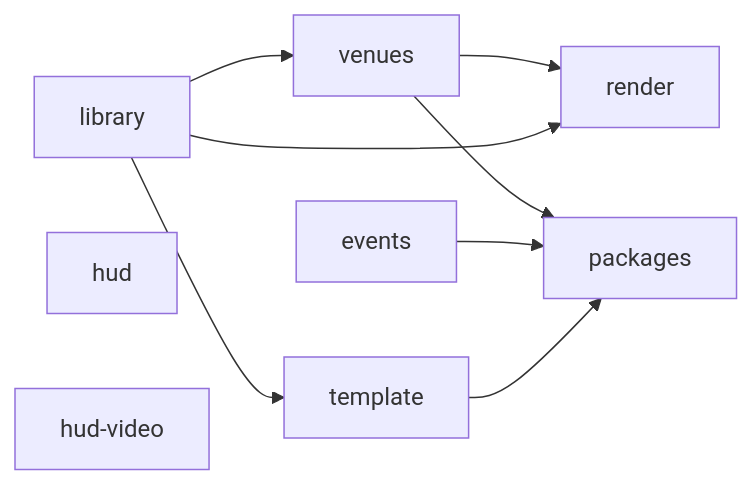
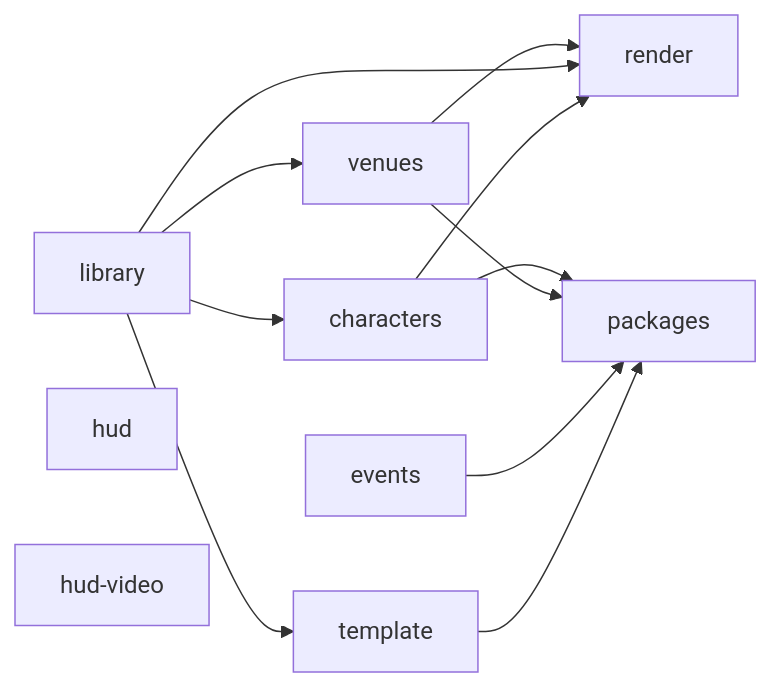
Before and after one commit to heditwo/gh3-clonehero-skin: the diagram in docs/PIPELINE.md, drawn with Mermaid. The commit also changed other lines of this file and 25 other files, not shown here.

First line of the commit message:
Ship all playable GH3 characters as character packages

````diff
--- a/docs/PIPELINE.md
+++ b/docs/PIPELINE.md
@@ -40,11 +40,14 @@
 ```mermaid
 flowchart LR
     library --> venues --> render
     library --> render
     library --> template
+    library --> characters
+    characters --> render
+    characters --> packages
     venues --> packages
     events --> packages
     template --> packages
     hud
     hudvideo[hud-video]
 ```
````
